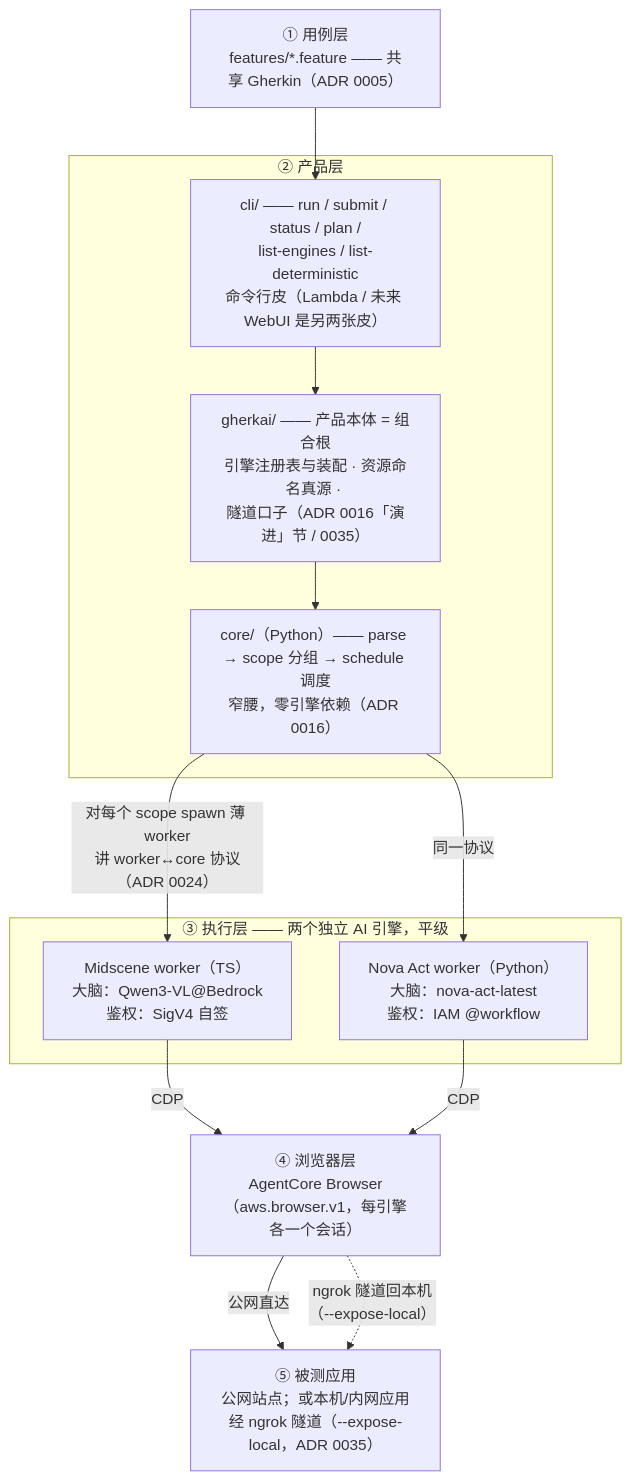
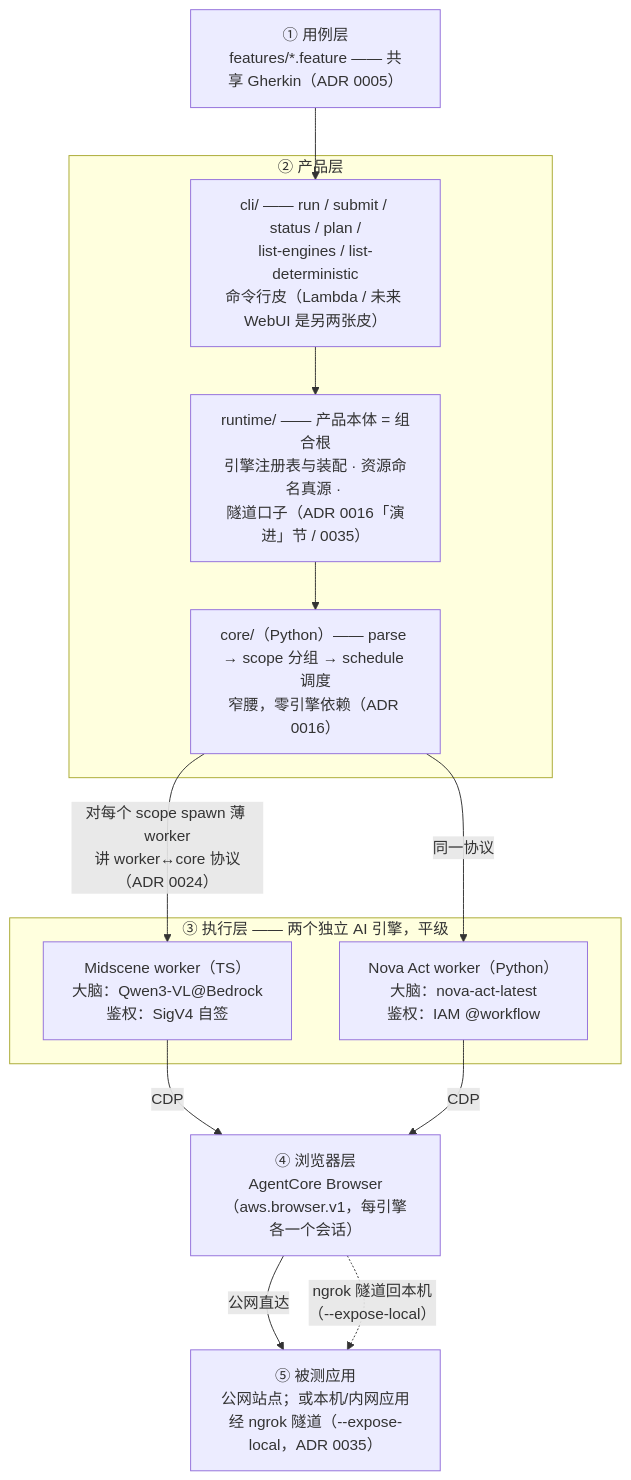
The diagram in README.md (zhiyanliu/gherkai), drawn with Mermaid before and after one commit. The commit also changed other lines of this file and 47 other files, not shown here.

````diff
--- a/README.md
+++ b/README.md
@@ -33,28 +33,28 @@
 ```mermaid
 flowchart TD
     F["① 用例层<br/>features/*.feature —— 共享 Gherkin（ADR 0005）"]
 
     subgraph L2["② 产品层"]
         CLI["cli/ —— run / submit / status / plan /<br/>list-engines / list-deterministic<br/>命令行皮（Lambda / 未来 WebUI 是另两张皮）"]
-        G["gherkai/ —— 产品本体 = 组合根<br/>引擎注册表与装配 · 资源命名真源 · <br/>隧道口子（ADR 0016「演进」节 / 0035）"]
+        G["runtime/ —— 产品本体 = 组合根<br/>引擎注册表与装配 · 资源命名真源 · <br/>隧道口子（ADR 0016「演进」节 / 0035）"]
         C["core/（Python）—— parse → scope 分组 → schedule 调度<br/>窄腰，零引擎依赖（ADR 0016）"]
         CLI --> G --> C
     end
 
     subgraph L3["③ 执行层 —— 两个独立 AI 引擎，平级"]
         M["Midscene worker（TS）<br/>大脑：Qwen3-VL@Bedrock<br/>鉴权：SigV4 自签"]
         N["Nova Act worker（Python）<br/>大脑：nova-act-latest<br/>鉴权：IAM @workflow"]
     end
 
     B["④ 浏览器层<br/>AgentCore Browser（aws.browser.v1，每引擎各一个会话）"]
 
     APP["⑤ 被测应用<br/>公网站点；或本机/内网应用经 ngrok 隧道（--expose-local，ADR 0035）"]
 
     F --> CLI
     C -- "对每个 scope spawn 薄 worker<br/>讲 worker↔core 协议（ADR 0024）" --> M
     C -- " 同一协议 " --> N
     M -- CDP --> B
     N -- CDP --> B
     B -- " 公网直达 " --> APP
     B -. "ngrok 隧道回本机<br/>（--expose-local）" .-> APP
 ```
````
